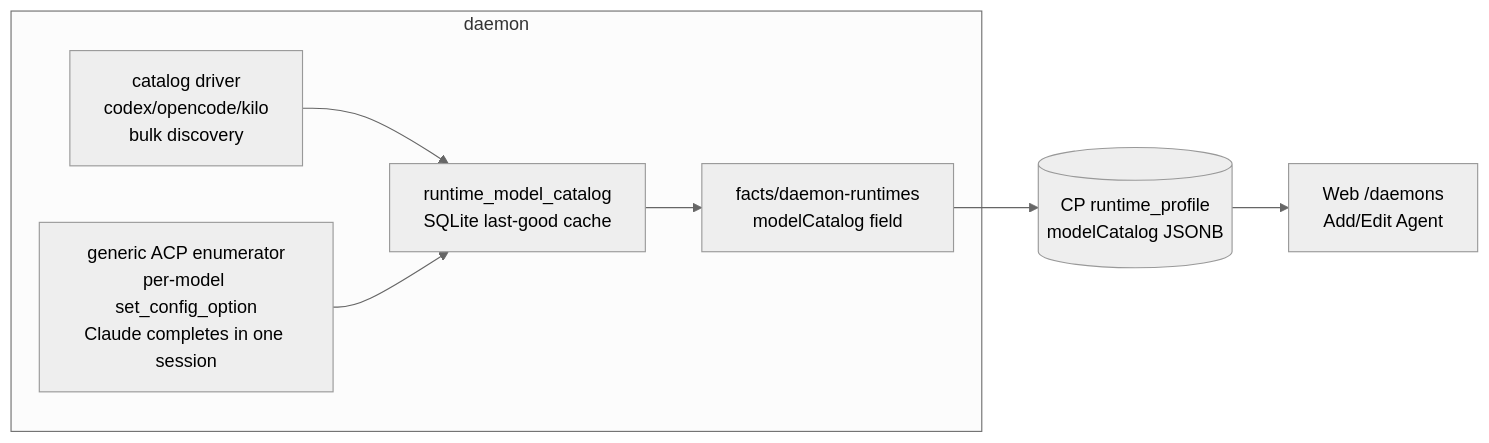
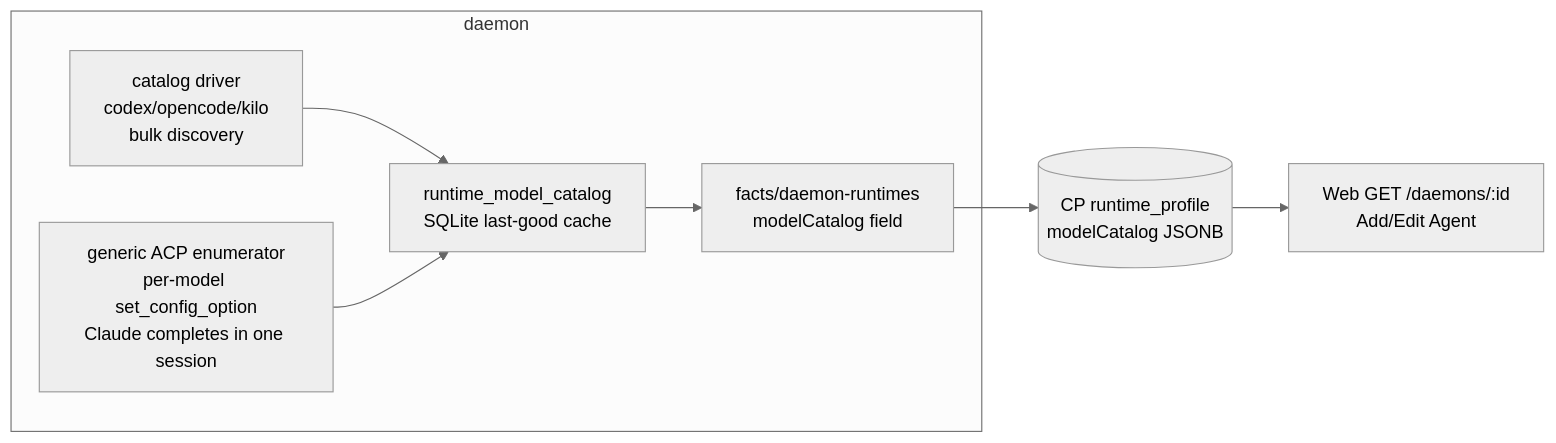
The first of 2 diagrams in docs/designs/runtime-model-catalog.md (Harbor404/agentconnect), drawn with Mermaid (neutral theme) before and after one commit. The commit also changed other lines of this file and 17 other files, not shown here.

````diff
--- a/docs/designs/runtime-model-catalog.md
+++ b/docs/designs/runtime-model-catalog.md
@@ -77,10 +77,10 @@
 ```mermaid
 flowchart LR
   subgraph daemon
     D1[catalog driver<br/>codex/opencode/kilo<br/>bulk discovery] --> M
     D2[generic ACP enumerator<br/>per-model set_config_option<br/>Claude completes in one session] --> M
     M[runtime_model_catalog<br/>SQLite last-good cache] --> R[facts/daemon-runtimes<br/>modelCatalog field]
   end
   R --> CP[(CP runtime_profile<br/>modelCatalog JSONB)]
-  CP --> W[Web /daemons<br/>Add/Edit Agent]
+  CP --> W[Web GET /daemons/:id<br/>Add/Edit Agent]
 ```
````
